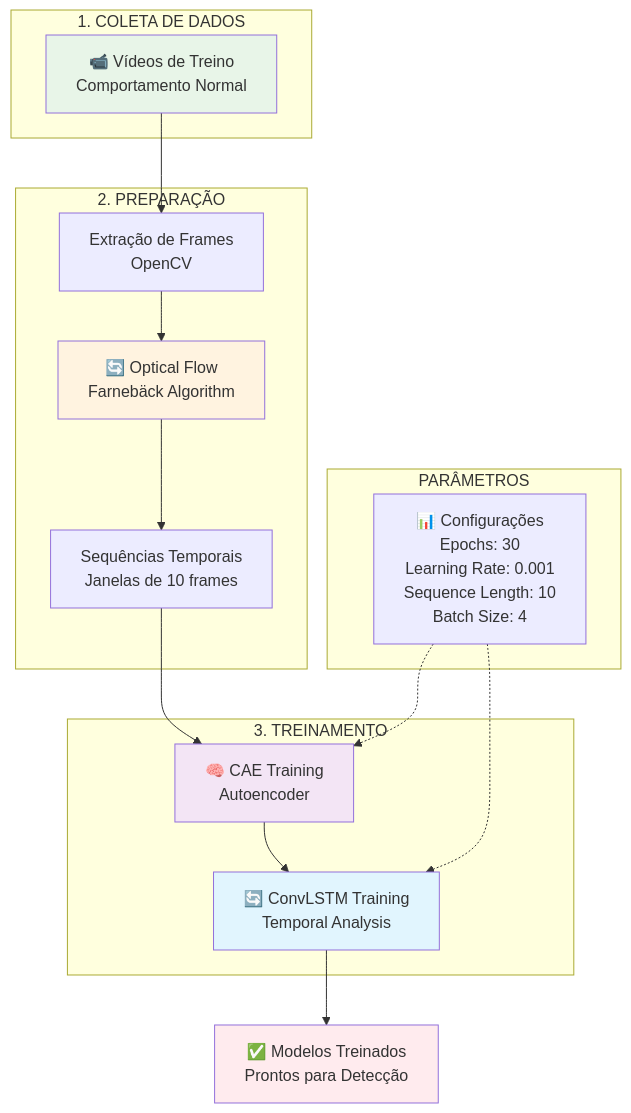
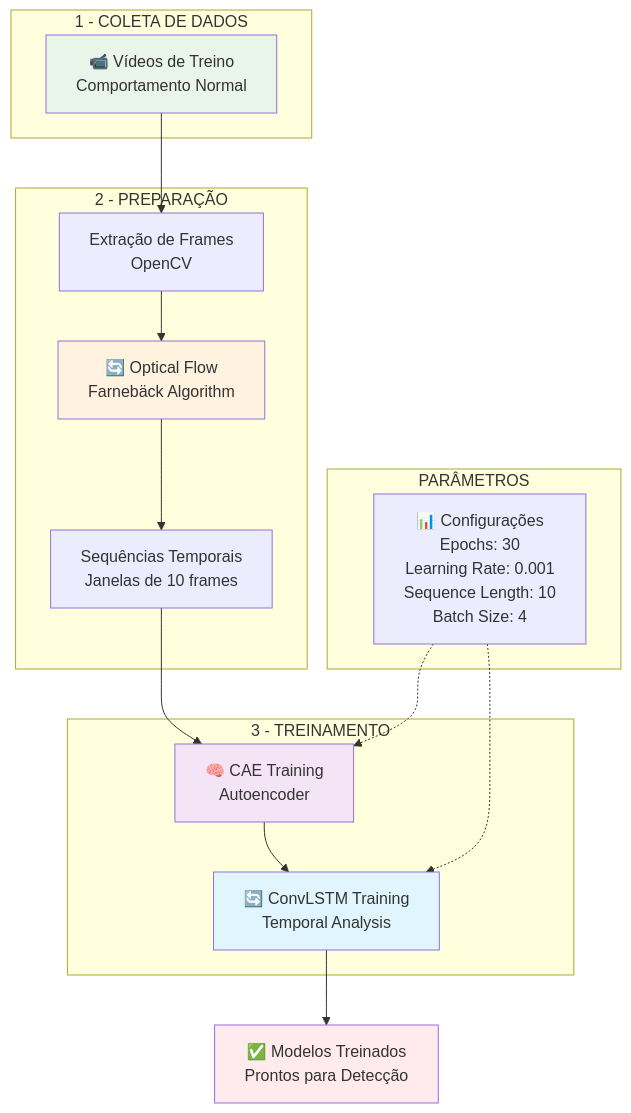
Before and after one commit to YMatique/anomaly_dectection_system_yam_monography: the diagram in diagrams/training.mermaid, drawn with Mermaid. The commit also changed 1 other file, not shown here.

Commit message:
update README and training diagram

```diff
--- a/diagrams/training.mermaid
+++ b/diagrams/training.mermaid
@@ -1,30 +1,30 @@
 flowchart TD
-    subgraph "1. COLETA DE DADOS"
+    subgraph "1 - COLETA DE DADOS"
         A[📹 Vídeos de Treino<br/>Comportamento Normal]
     end
     
-    subgraph "2. PREPARAÇÃO"
+    subgraph "2 - PREPARAÇÃO"
         A --> B[Extração de Frames<br/>OpenCV]
         B --> C[🔄 Optical Flow<br/>Farnebäck Algorithm]
         C --> D[Sequências Temporais<br/>Janelas de 10 frames]
     end
     
-    subgraph "3. TREINAMENTO"
+    subgraph "3 - TREINAMENTO"
         D --> E[🧠 CAE Training<br/>Autoencoder]
         E --> F[🔄 ConvLSTM Training<br/>Temporal Analysis]
     end
     
     subgraph "PARÂMETROS"
         G[📊 Configurações<br/>Epochs: 30<br/>Learning Rate: 0.001<br/>Sequence Length: 10<br/>Batch Size: 4]
     end
     
     G -.-> E
     G -.-> F
     
     F --> H[✅ Modelos Treinados<br/>Prontos para Detecção]
     
     style A fill:#e8f5e8
     style C fill:#fff3e0
     style E fill:#f3e5f5
     style F fill:#e1f5fe
     style H fill:#ffebee
```
